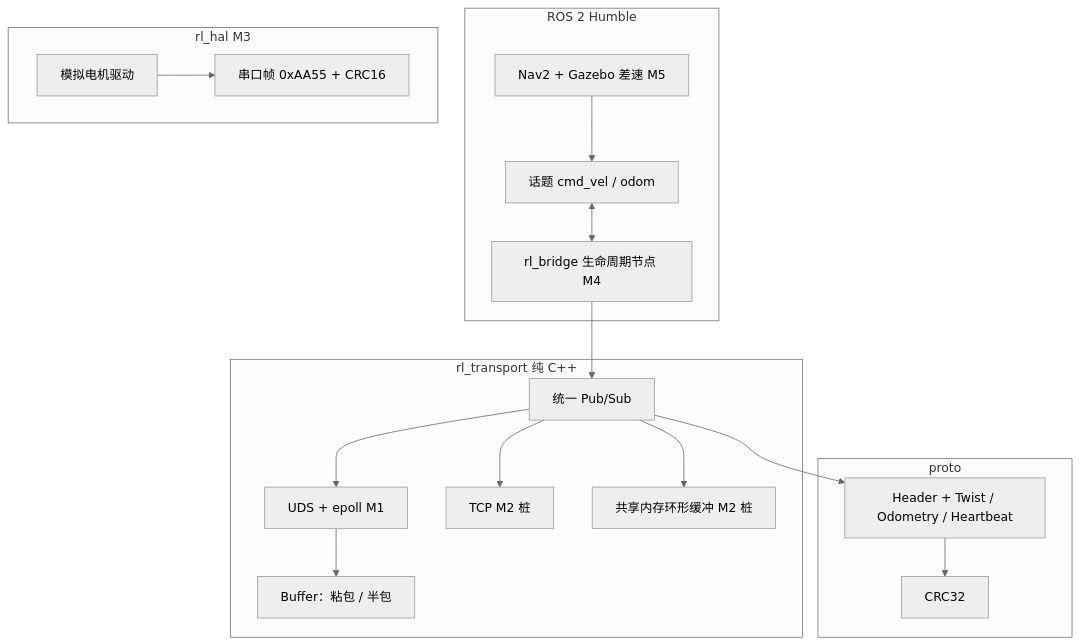
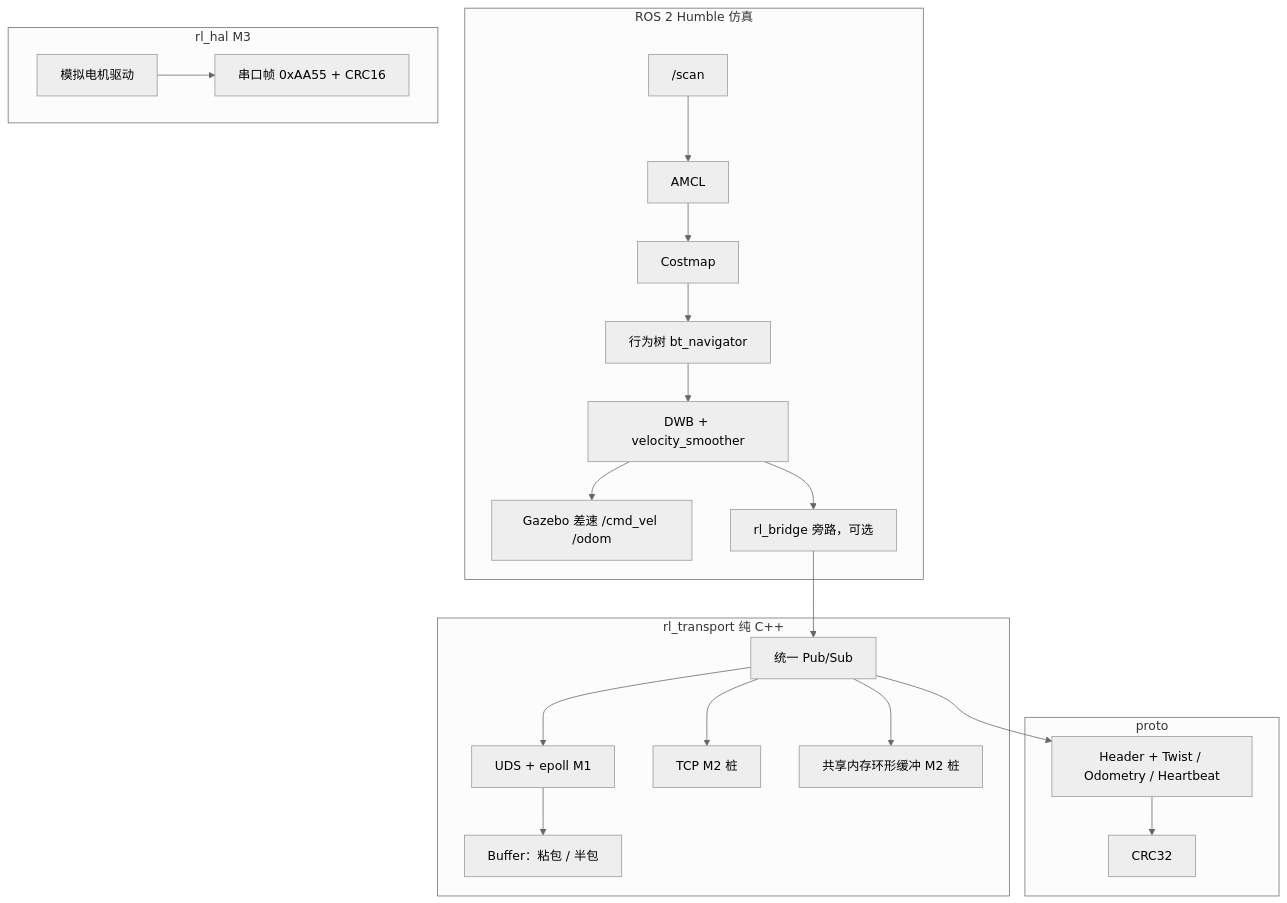
One commit to foggy111/RoboLink changed the diagram in README.md. Above: the diagram before and after it, drawn with Mermaid (neutral theme). The commit also changed other lines of this file and 28 other files, not shown here.

First line of the commit message:
Add a Humble Gazebo and Nav2 simulation bringup.

````diff
--- a/README.md
+++ b/README.md
@@ -11,37 +18,45 @@
 ```mermaid
 flowchart TB
-  subgraph ros2["ROS 2 Humble"]
-    topics["话题 cmd_vel / odom"]
-    bridge["rl_bridge 生命周期节点 M4"]
-    nav2["Nav2 + Gazebo 差速 M5"]
+  subgraph ros2["ROS 2 Humble 仿真"]
+    scan["/scan"]
+    amcl["AMCL"]
+    cost["Costmap"]
+    bt["行为树 bt_navigator"]
+    ctrl["DWB + velocity_smoother"]
+    gazebo["Gazebo 差速 /cmd_vel /odom"]
+    bridge["rl_bridge 旁路，可选"]
   end
 
   subgraph transport["rl_transport 纯 C++"]
     api["统一 Pub/Sub"]
     uds["UDS + epoll M1"]
     tcp["TCP M2 桩"]
     shm["共享内存环形缓冲 M2 桩"]
     buf["Buffer：粘包 / 半包"]
   end
 
   subgraph messages["proto"]
     pb["Header + Twist / Odometry / Heartbeat"]
     crc["CRC32"]
   end
 
   subgraph hal["rl_hal M3"]
     frame["串口帧 0xAA55 + CRC16"]
     motor["模拟电机驱动"]
   end
 
-  topics <--> bridge
-  nav2 --> topics
+  scan --> amcl
+  amcl --> cost
+  cost --> bt
+  bt --> ctrl
+  ctrl --> gazebo
+  ctrl --> bridge
   bridge --> api
   api --> uds
   api --> tcp
   api --> shm
   uds --> buf
   api --> pb
   pb --> crc
   motor --> frame
 ```
````
